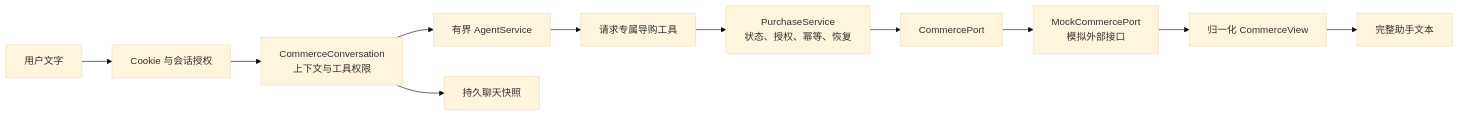
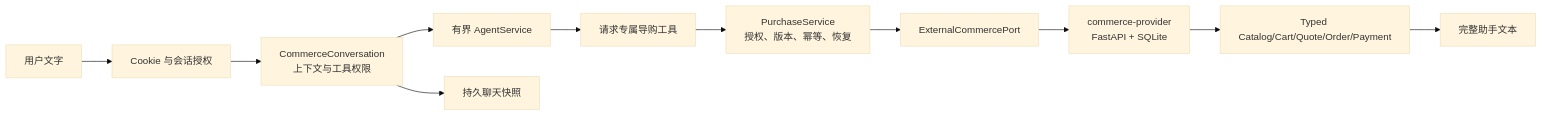
Before and after one commit to Bensonluo/rag_chatbot: the diagram in docs/design/public-commerce.md, drawn with Mermaid (base theme). The commit also changed other lines of this file and 37 other files, not shown here.

Commit message:
feat(commerce): externalize facts to virtual provider

````diff
--- a/docs/design/public-commerce.md
+++ b/docs/design/public-commerce.md
@@ -24,13 +25,13 @@
 ```mermaid
 flowchart LR
     U[用户文字] --> G[Cookie 与会话授权]
     G --> C[CommerceConversation<br/>上下文与工具权限]
     C --> A[有界 AgentService]
     A --> T[请求专属导购工具]
-    T --> P[PurchaseService<br/>状态、授权、幂等、恢复]
-    P --> X[CommercePort]
-    X --> M[MockCommercePort<br/>模拟外部接口]
-    M --> V[归一化 CommerceView]
+    T --> P[PurchaseService<br/>授权、版本、幂等、恢复]
+    P --> X[ExternalCommercePort]
+    X --> S[commerce-provider<br/>FastAPI + SQLite]
+    S --> V[Typed Catalog/Cart/Quote/Order/Payment]
     V --> R[完整助手文本]
     C --> H[持久聊天快照]
 ```
````
